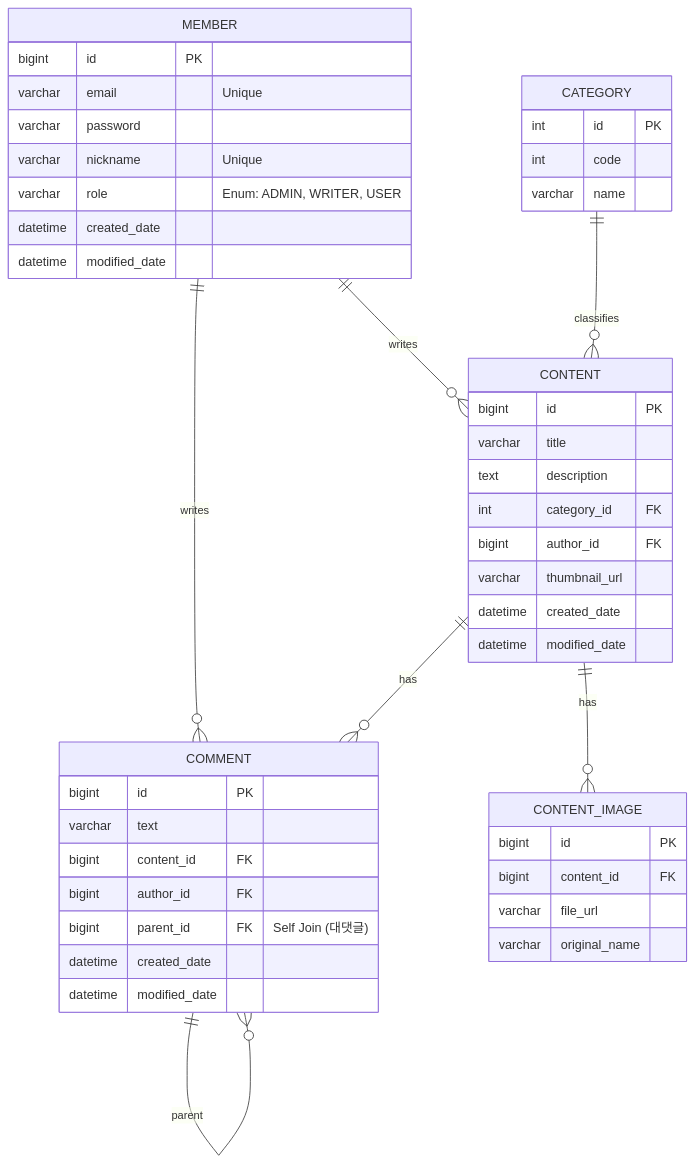
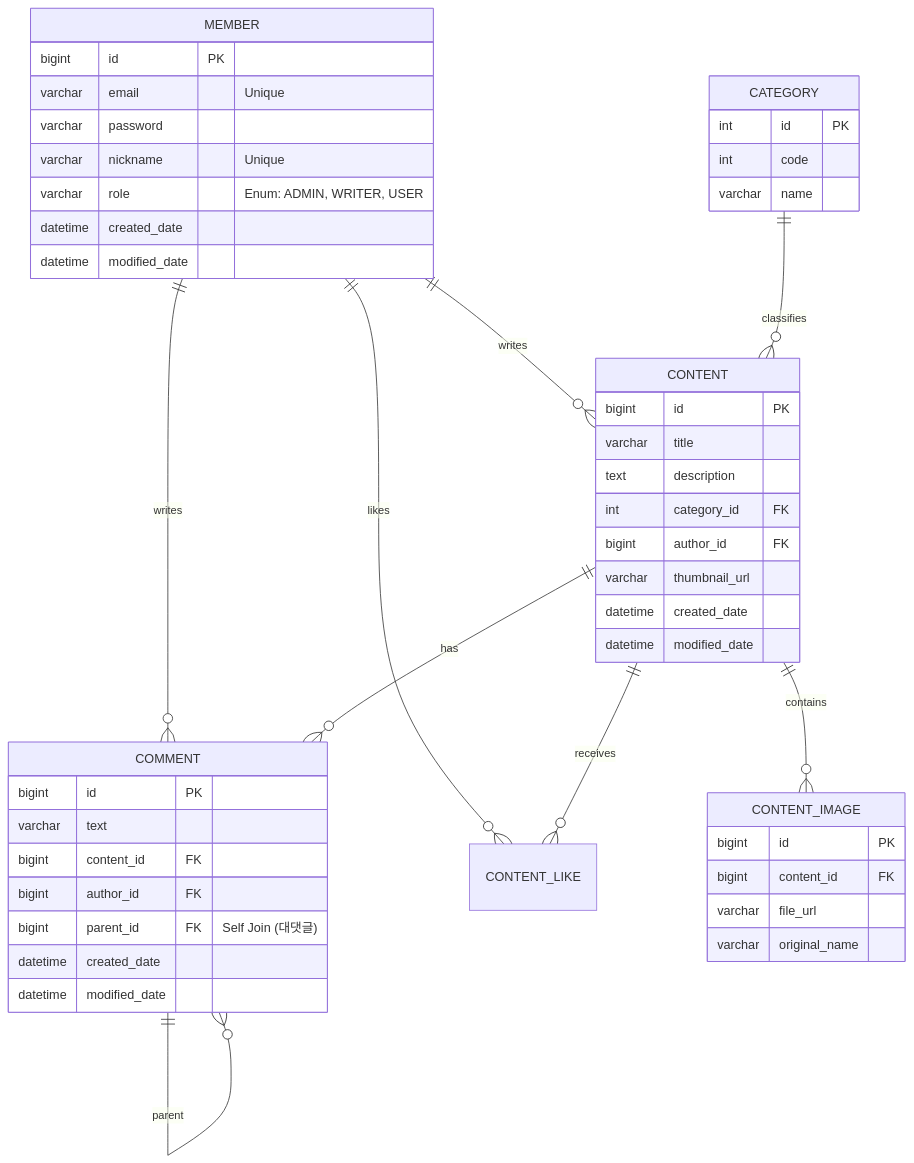
Before and after one commit to gototheTK/platform: the first of 2 diagrams in README.md, drawn with Mermaid. The commit also changed other lines of this file, not shown here.

````diff
--- a/README.md
+++ b/README.md
@@ -24,53 +29,55 @@
 ```mermaid
 erDiagram
     MEMBER ||--o{ CONTENT : writes
     MEMBER ||--o{ COMMENT : writes
+    MEMBER ||--o{ CONTENT_LIKE : likes
     CATEGORY ||--o{ CONTENT : classifies
     CONTENT ||--o{ COMMENT : has
-    CONTENT ||--o{ CONTENT_IMAGE : has
+    CONTENT ||--o{ CONTENT_IMAGE : contains
+    CONTENT ||--o{ CONTENT_LIKE : receives
     COMMENT ||--o{ COMMENT : parent
 
     MEMBER {
         bigint id PK
         varchar email "Unique"
         varchar password
         varchar nickname "Unique"
         varchar role "Enum: ADMIN, WRITER, USER"
         datetime created_date
         datetime modified_date
     }
 
     CONTENT {
         bigint id PK
         varchar title
         text description
         int category_id FK
         bigint author_id FK
         varchar thumbnail_url
         datetime created_date
         datetime modified_date
     }
 
     CATEGORY {
         int id PK
         int code
         varchar name
     }
 
     COMMENT {
         bigint id PK
         varchar text
         bigint content_id FK
         bigint author_id FK
         bigint parent_id FK "Self Join (대댓글)"
         datetime created_date
         datetime modified_date
     }
 
     CONTENT_IMAGE {
         bigint id PK
         bigint content_id FK
         varchar file_url
         varchar original_name
     }
 ```
````
